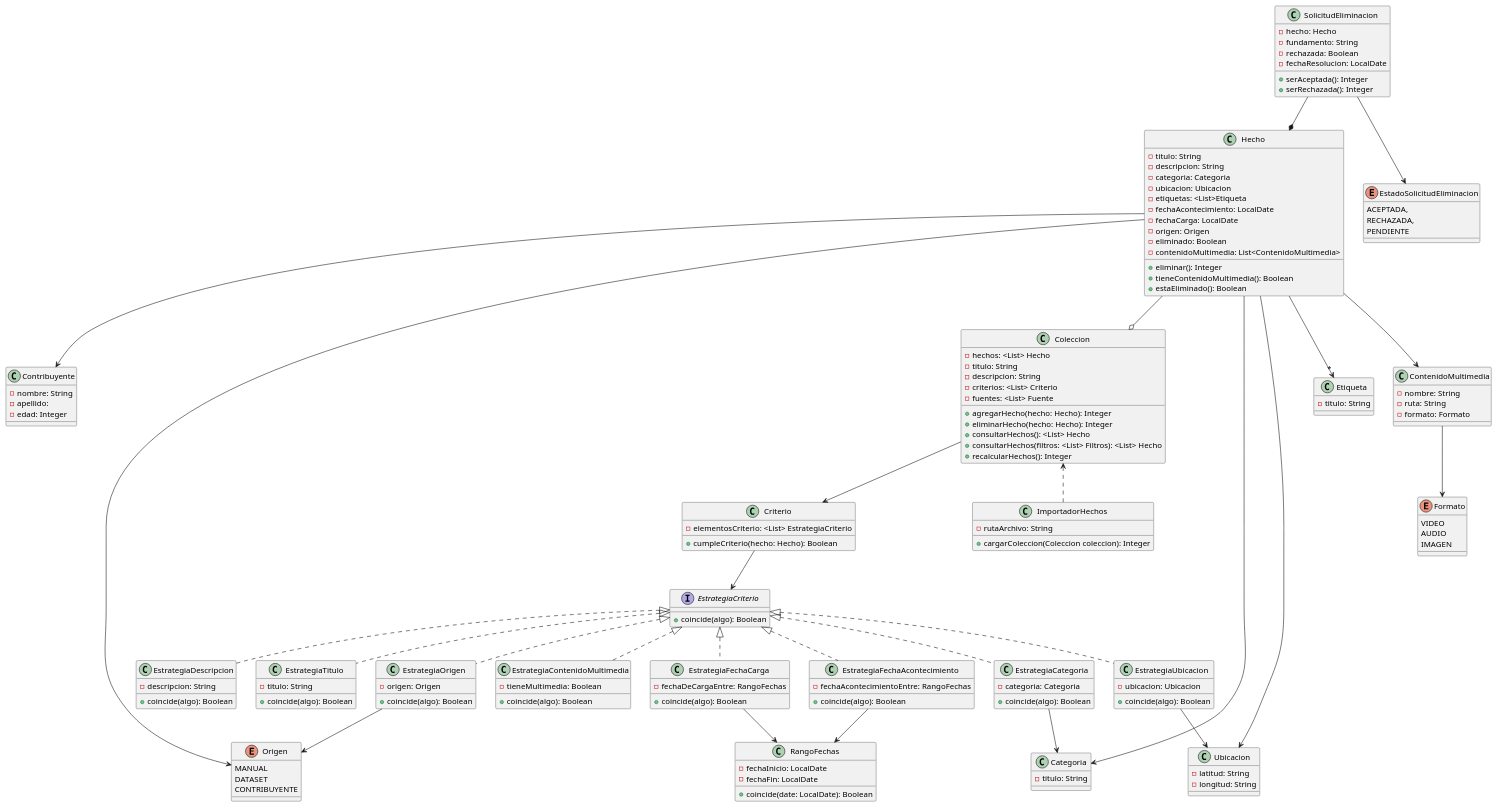
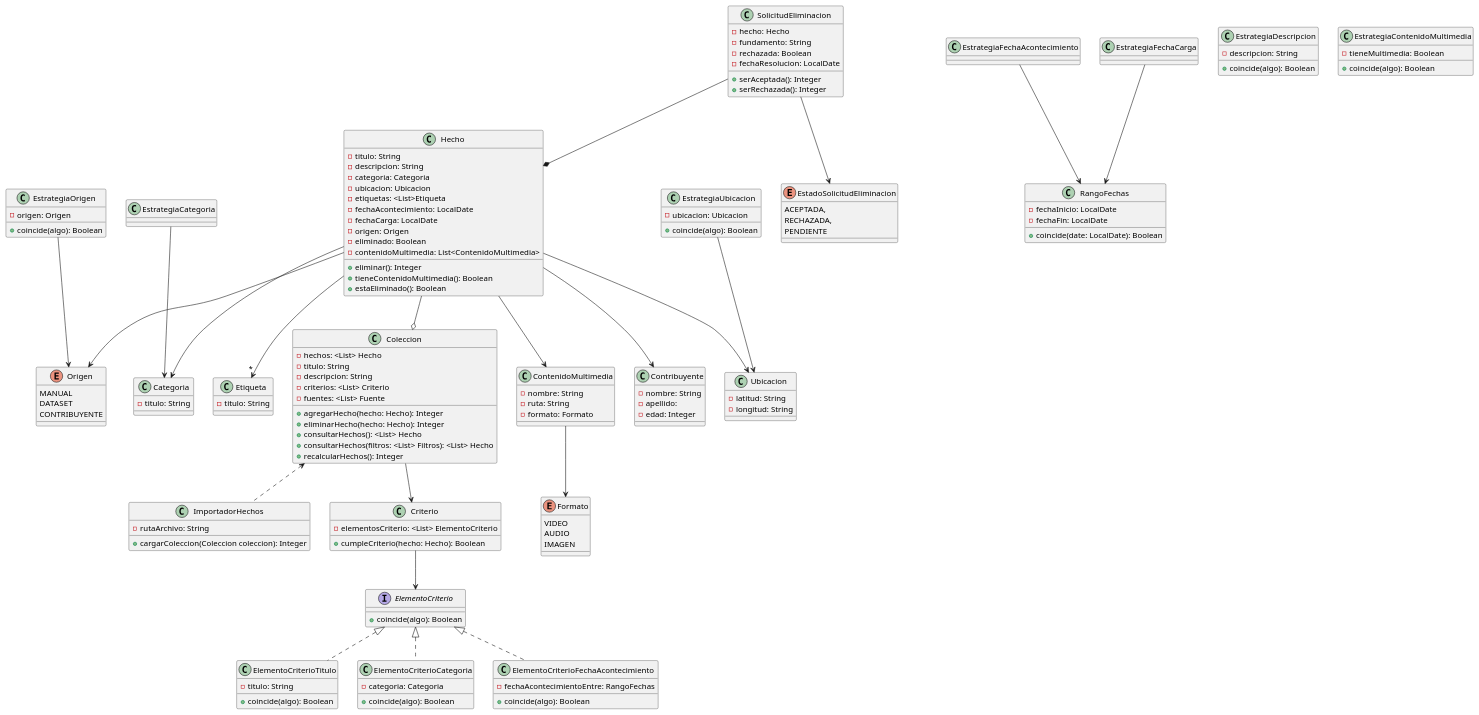
The diagram in DiagramaDeClases-1°Entrega.puml (BrunoRodriguezzz/tp-dsi), drawn with PlantUML before and after one commit. The commit also changed 21 other files, not shown here.

```diff
--- a/DiagramaDeClases-1°Entrega.puml
+++ b/DiagramaDeClases-1°Entrega.puml
@@ -1,184 +1,174 @@
     @startuml
 'Hecho
 Hecho --> Contribuyente
 Hecho --> Origen
 Hecho --> Categoria
 Hecho --> Ubicacion
 Hecho -->"*" Etiqueta
 Hecho --o Coleccion
 
 SolicitudEliminacion --* Hecho
 
 Coleccion --> Criterio
 
 'Criterio
-Criterio --> EstrategiaCriterio
+Criterio --> ElementoCriterio
 
 'ElementoCriterio
-EstrategiaCriterio <|.. EstrategiaTitulo
-EstrategiaCriterio <|.. EstrategiaCategoria
-EstrategiaCriterio <|.. EstrategiaContenidoMultimedia
-EstrategiaCriterio <|.. EstrategiaUbicacion
-EstrategiaCriterio <|.. EstrategiaFechaAcontecimiento
-EstrategiaCriterio <|.. EstrategiaFechaCarga
-EstrategiaCriterio <|.. EstrategiaOrigen
-EstrategiaCriterio <|.. EstrategiaDescripcion
+ElementoCriterio <|.. ElementoCriterioTitulo
+ElementoCriterio <|.. ElementoCriterioCategoria
+ElementoCriterio <|.. ElementoCriterioFechaAcontecimiento
 
 'Estrategias
 EstrategiaCategoria --> Categoria
 EstrategiaUbicacion --> Ubicacion
 EstrategiaFechaAcontecimiento --> RangoFechas
 EstrategiaFechaCarga --> RangoFechas
 EstrategiaOrigen --> Origen
 
 SolicitudEliminacion --> EstadoSolicitudEliminacion
 
 ContenidoMultimedia --> Formato
 Hecho --> ContenidoMultimedia
 Coleccion <.. ImportadorHechos
 
 class Contribuyente {
     -nombre: String
     -apellido:
     -edad: Integer
 }
 
 enum EstadoSolicitudEliminacion {
     ACEPTADA,
     RECHAZADA,
     PENDIENTE
 }
 
 class ContenidoMultimedia {
     -nombre: String
     -ruta: String
     -formato: Formato
 }
 
 enum Formato {
     VIDEO
     AUDIO
     IMAGEN
 }
 
 class Hecho {
     -titulo: String
     -descripcion: String
     -categoria: Categoria
     -ubicacion: Ubicacion
     -etiquetas: <List>Etiqueta
     -fechaAcontecimiento: LocalDate
     -fechaCarga: LocalDate
     -origen: Origen
     -eliminado: Boolean
     -contenidoMultimedia: List<ContenidoMultimedia>
     +eliminar(): Integer
     +tieneContenidoMultimedia(): Boolean
     +estaEliminado(): Boolean
 }
 
 class ImportadorHechos {
     -rutaArchivo: String
     +cargarColeccion(Coleccion coleccion): Integer
 }
 
 class Etiqueta {
     -titulo: String
 }
 
 enum Origen {
     MANUAL
     DATASET
     CONTRIBUYENTE
 }
 
 class Categoria {
     -titulo: String
 }
 
 class Ubicacion {
     -latitud: String
     -longitud: String
 }
 
 class SolicitudEliminacion {
     -hecho: Hecho
     -fundamento: String
     -rechazada: Boolean
     -fechaResolucion: LocalDate
     +serAceptada(): Integer
     +serRechazada(): Integer
 }
 
 class Coleccion {
     -hechos: <List> Hecho
     -titulo: String
     -descripcion: String
     -criterios: <List> Criterio
     -fuentes: <List> Fuente
     +agregarHecho(hecho: Hecho): Integer
     +eliminarHecho(hecho: Hecho): Integer
     'Solo para representar overload
     +consultarHechos(): <List> Hecho
     +consultarHechos(filtros: <List> Filtros): <List> Hecho
     +recalcularHechos(): Integer
 
 }
 
 class Criterio{
-    -elementosCriterio: <List> EstrategiaCriterio
+    -elementosCriterio: <List> ElementoCriterio
 
     +cumpleCriterio(hecho: Hecho): Boolean
 }
 
 class RangoFechas {
     -fechaInicio: LocalDate
     -fechaFin: LocalDate
     +coincide(date: LocalDate): Boolean
 }
 
-interface EstrategiaCriterio{
+interface ElementoCriterio{
     +coincide(algo): Boolean
 }
 
-class EstrategiaTitulo{
+class ElementoCriterioTitulo{
     -titulo: String
     +coincide(algo): Boolean
 }
 
 class EstrategiaDescripcion{
     -descripcion: String
     +coincide(algo): Boolean
 }
 
 class EstrategiaOrigen{
     -origen: Origen
     +coincide(algo): Boolean
 }
 
 class EstrategiaContenidoMultimedia{
     -tieneMultimedia: Boolean
     +coincide(algo): Boolean
 }
 
-class EstrategiaFechaAcontecimiento{
+class ElementoCriterioFechaAcontecimiento{
     -fechaAcontecimientoEntre: RangoFechas
     +coincide(algo): Boolean
 }
 
-class EstrategiaFechaCarga{
-    -fechaDeCargaEntre: RangoFechas
-    +coincide(algo): Boolean
-}
-
-class EstrategiaCategoria{
+class ElementoCriterioCategoria{
     -categoria: Categoria
     +coincide(algo): Boolean
 }
 
 class EstrategiaUbicacion{
     -ubicacion: Ubicacion
     +coincide(algo): Boolean
 }
 
 @enduml
```
